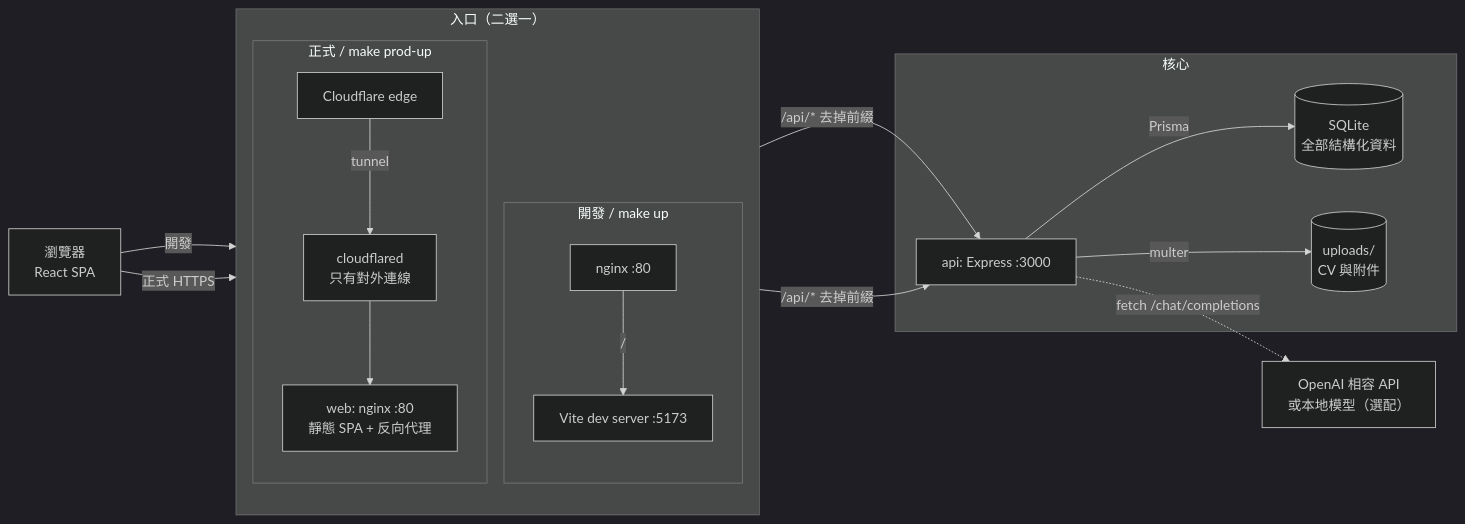
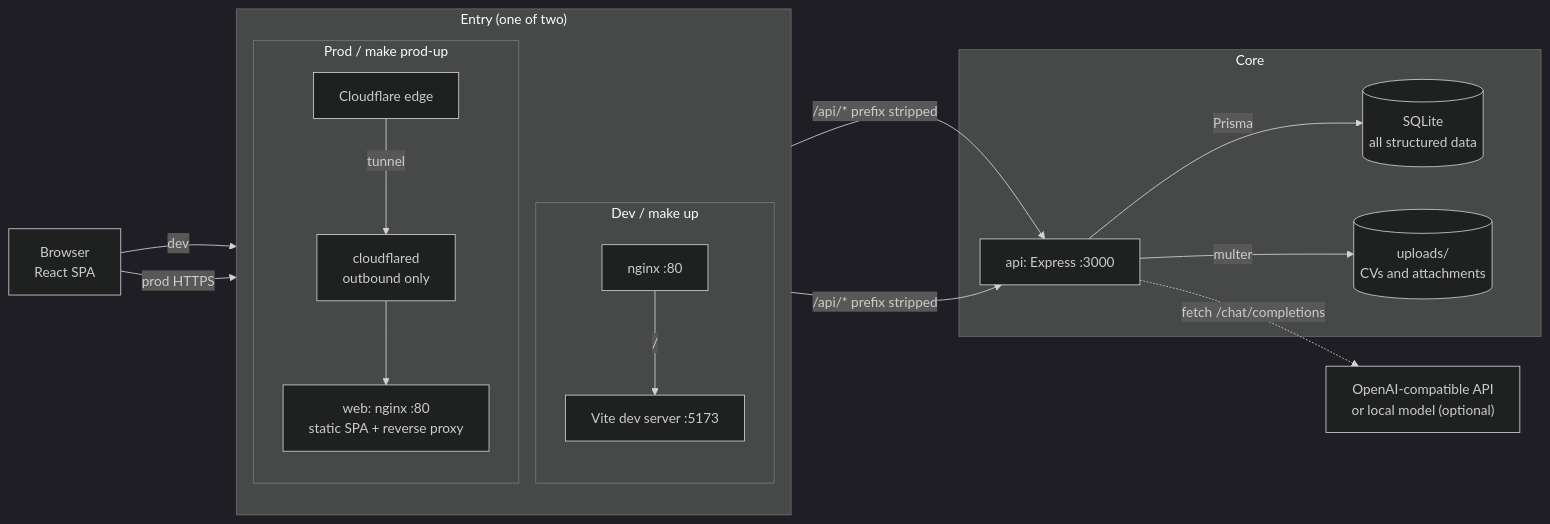
The first of 6 diagrams in NOTE.md (ychun816/scandiva), drawn with Mermaid (dark theme) before and after one commit. The commit also changed other lines of this file and 27 other files, not shown here.

````diff
--- a/NOTE.md
+++ b/NOTE.md
@@ -40,36 +40,36 @@
 ```mermaid
 flowchart LR
-    U["瀏覽器<br/>React SPA"]
+    U["Browser<br/>React SPA"]
 
-    subgraph EDGE["入口（二選一）"]
+    subgraph EDGE["Entry (one of two)"]
         direction TB
-        subgraph DEV["開發 / make up"]
+        subgraph DEV["Dev / make up"]
             NX["nginx :80"]
             VITE["Vite dev server :5173"]
         end
-        subgraph PROD["正式 / make prod-up"]
+        subgraph PROD["Prod / make prod-up"]
             CF["Cloudflare edge"]
-            CFD["cloudflared<br/>只有對外連線"]
-            WEB["web: nginx :80<br/>靜態 SPA + 反向代理"]
+            CFD["cloudflared<br/>outbound only"]
+            WEB["web: nginx :80<br/>static SPA + reverse proxy"]
         end
     end
 
-    subgraph CORE["核心"]
+    subgraph CORE["Core"]
         API["api: Express :3000"]
-        DB[("SQLite<br/>全部結構化資料")]
-        FS[("uploads/<br/>CV 與附件")]
+        DB[("SQLite<br/>all structured data")]
+        FS[("uploads/<br/>CVs and attachments")]
     end
 
-    LLM["OpenAI 相容 API<br/>或本地模型（選配）"]
+    LLM["OpenAI-compatible API<br/>or local model (optional)"]
 
-    U -->|"開發"| NX
+    U -->|"dev"| NX
     NX -->|"/"| VITE
-    NX -->|"/api/* 去掉前綴"| API
-    U -->|"正式 HTTPS"| CF
+    NX -->|"/api/* prefix stripped"| API
+    U -->|"prod HTTPS"| CF
     CF -->|"tunnel"| CFD
     CFD --> WEB
-    WEB -->|"/api/* 去掉前綴"| API
+    WEB -->|"/api/* prefix stripped"| API
     API -->|"Prisma"| DB
     API -->|"multer"| FS
     API -.->|"fetch /chat/completions"| LLM
 ```
````
